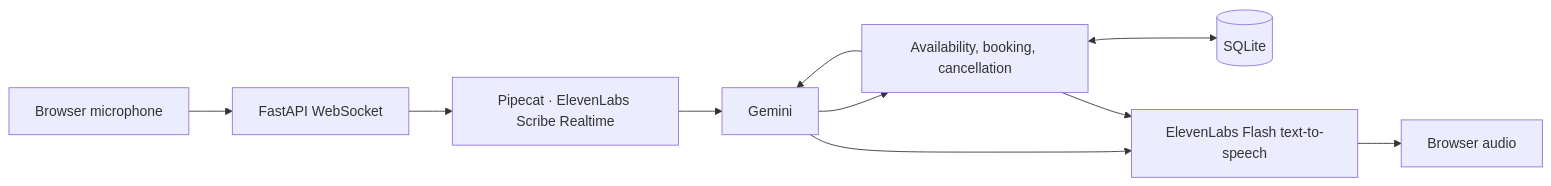
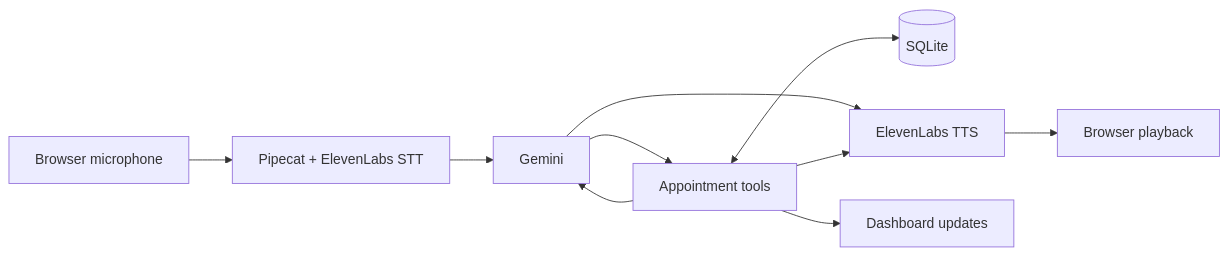
The diagram in README.md (Faisal-rabani/cedar-clinic-voice-assistant), drawn with Mermaid before and after one commit. The commit also changed other lines of this file and 1 other file, not shown here.

````diff
--- a/README.md
+++ b/README.md
@@ -44,12 +75,12 @@
 ```mermaid
 flowchart LR
-  Browser["Browser microphone"] --> WS["FastAPI WebSocket"]
-  WS --> STT["Pipecat · ElevenLabs Scribe Realtime"]
-  STT --> Gemini["Gemini"]
-  Gemini --> Tools["Availability, booking, cancellation"]
+  Mic["Browser microphone"] --> STT["Pipecat + ElevenLabs STT"]
+  STT --> LLM["Gemini"]
+  LLM --> Tools["Appointment tools"]
   Tools <--> DB[("SQLite")]
-  Tools --> Gemini
-  Gemini --> TTS["ElevenLabs Flash text-to-speech"]
+  Tools --> LLM
+  LLM --> TTS["ElevenLabs TTS"]
   Tools --> TTS
-  TTS --> Playback["Browser audio"]
+  TTS --> Audio["Browser playback"]
+  Tools --> UI["Dashboard updates"]
 ```
````
